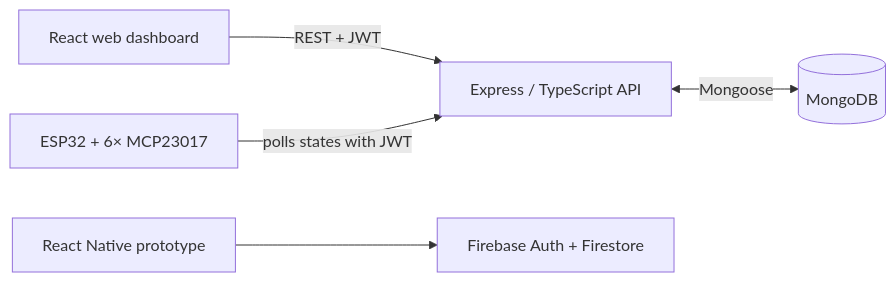
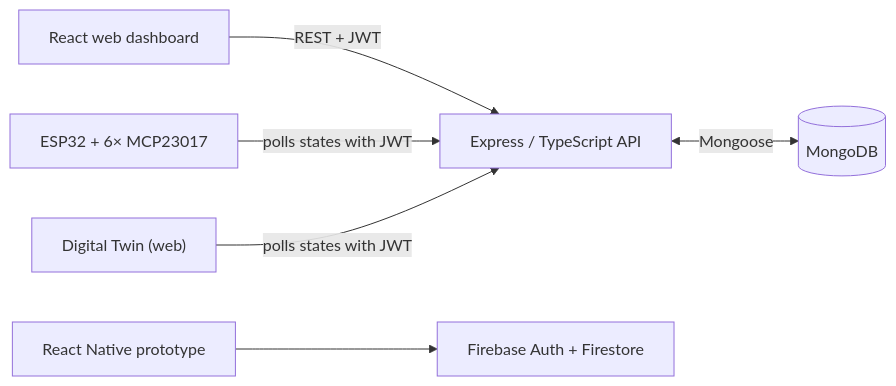
The diagram in docs/DOCUMENTATION.md (Kamilr616/smart_city_hub), drawn with Mermaid before and after one commit. The commit also changed other lines of this file and 8 other files, not shown here.

Commit message:
feat(api): accept a list of CORS origins; document the digital twin client

````diff
--- a/docs/DOCUMENTATION.md
+++ b/docs/DOCUMENTATION.md
@@ -14,7 +14,8 @@
 ```mermaid
 flowchart LR
     WEB["React web dashboard"] -->|"REST + JWT"| API["Express / TypeScript API"]
     ESP["ESP32 + 6× MCP23017"] -->|"polls states with JWT"| API
     API <-->|"Mongoose"| DB[(MongoDB)]
     MOBILE["React Native prototype"] --> FB["Firebase Auth + Firestore"]
+    Twin["Digital Twin (web)"] -->|"polls states with JWT"| API
 ```
````
